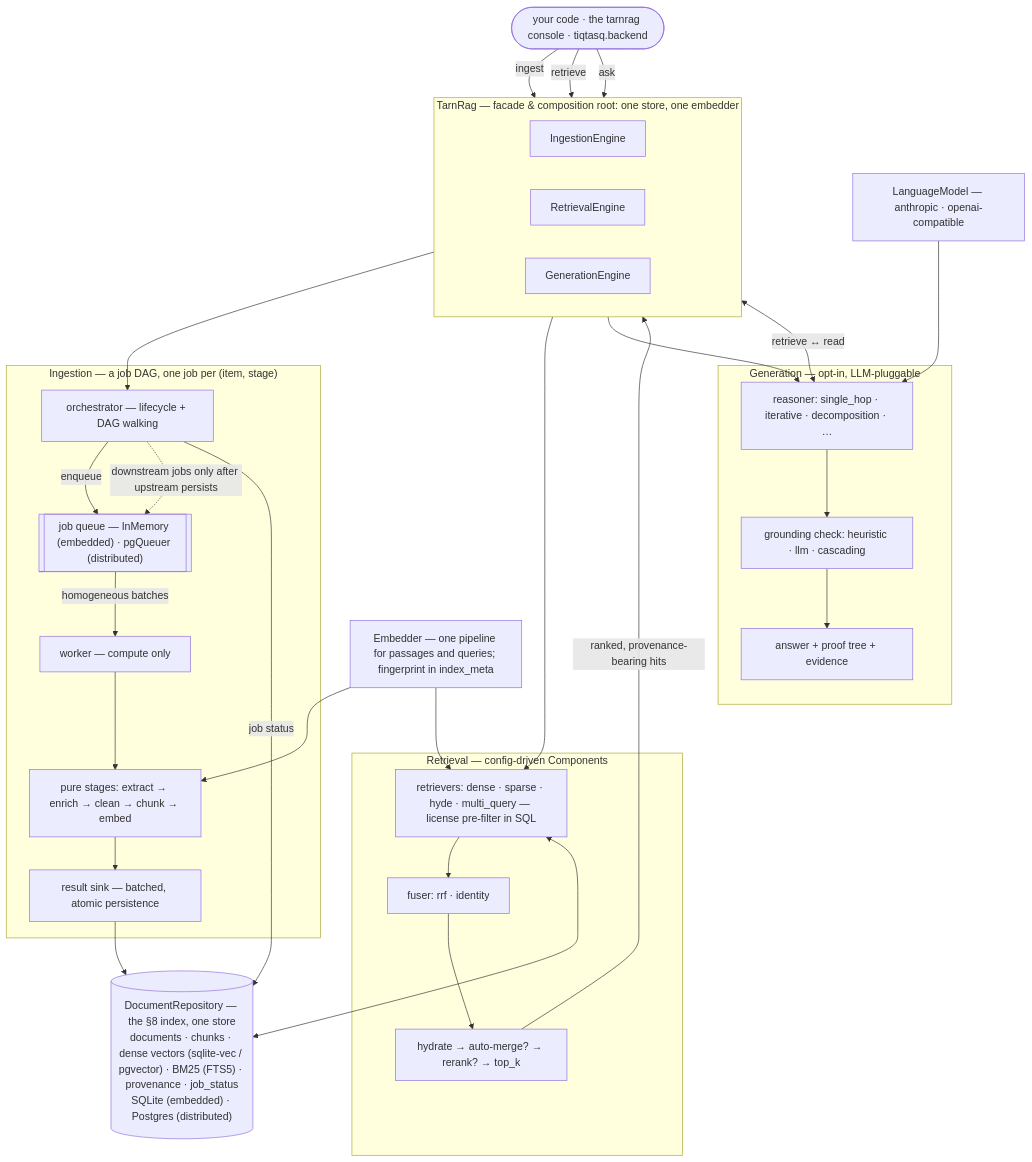
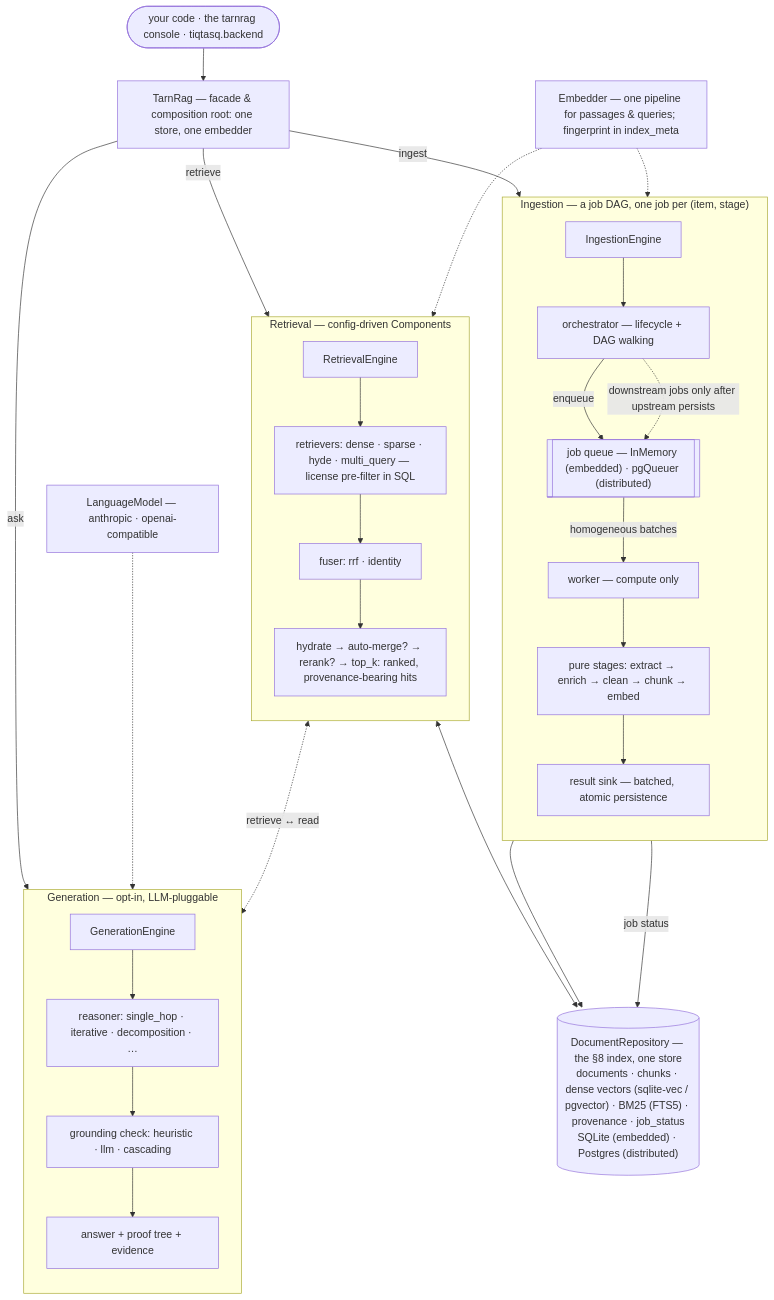
Before and after one commit to tiqtasq/tarn.rag: the diagram in docs/explanation/architecture.md, drawn with Mermaid.

Commit message:
Redraw the diagram: three equal, aligned engine lanes
Each engine now heads its own subsystem lane, all fed from a single
facade node, so the three engine boxes share one rank (same row, same
height). The upward edges that let the layout engine sink
RetrievalEngine — the reasoner link and the hits return edge — are
reoriented downward (retrieve↔read drawn from the engine; top_k is
the lane's terminal node).

````diff
--- a/docs/explanation/architecture.md
+++ b/docs/explanation/architecture.md
@@ -9,65 +9,62 @@
 ```mermaid
 flowchart TB
     CALLER(["your code · the tarnrag console · tiqtasq.backend"])
+    TARN["TarnRag — facade & composition root: one store, one embedder"]
 
-    subgraph FACADE["TarnRag — facade & composition root: one store, one embedder"]
-        direction LR
-        IE["IngestionEngine"]
-        RE["RetrievalEngine"]
-        GE["GenerationEngine"]
-    end
-
-    CALLER -->|"ingest"| IE
-    CALLER -->|"retrieve"| RE
-    CALLER -->|"ask"| GE
+    CALLER --> TARN
+    TARN -->|"ingest"| IE
+    TARN -->|"retrieve"| RE
+    TARN -->|"ask"| GE
 
     subgraph INGEST["Ingestion — a job DAG, one job per (item, stage)"]
+        direction TB
+        IE["IngestionEngine"]
         ORCH["orchestrator — lifecycle + DAG walking"]
         QUEUE[["job queue — InMemory (embedded) · pgQueuer (distributed)"]]
         WORKER["worker — compute only"]
         STAGES["pure stages: extract → enrich → clean → chunk → embed"]
         SINK["result sink — batched, atomic persistence"]
+        IE --> ORCH
+        ORCH -->|"enqueue"| QUEUE
+        ORCH -.->|"downstream jobs only after upstream persists"| QUEUE
+        QUEUE -->|"homogeneous batches"| WORKER
+        WORKER --> STAGES
+        STAGES --> SINK
     end
 
-    IE --> ORCH
-    ORCH -->|"enqueue"| QUEUE
-    QUEUE -->|"homogeneous batches"| WORKER
-    WORKER --> STAGES
-    STAGES --> SINK
-    ORCH -.->|"downstream jobs only after upstream persists"| QUEUE
-
     subgraph RETR["Retrieval — config-driven Components"]
+        direction TB
+        RE["RetrievalEngine"]
         RTRS["retrievers: dense · sparse · hyde · multi_query — license pre-filter in SQL"]
         FUSE["fuser: rrf · identity"]
-        POST["hydrate → auto-merge? → rerank? → top_k"]
+        POST["hydrate → auto-merge? → rerank? → top_k: ranked, provenance-bearing hits"]
+        RE --> RTRS
+        RTRS --> FUSE
+        FUSE --> POST
     end
 
-    RE --> RTRS
-    RTRS --> FUSE
-    FUSE --> POST
-    POST -->|"ranked, provenance-bearing hits"| RE
-
     subgraph GENER["Generation — opt-in, LLM-pluggable"]
+        direction TB
+        GE["GenerationEngine"]
         REAS["reasoner: single_hop · iterative · decomposition · …"]
         GC["grounding check: heuristic · llm · cascading"]
         ANS["answer + proof tree + evidence"]
+        GE --> REAS
+        REAS --> GC
+        GC --> ANS
     end
 
-    GE --> REAS
-    REAS <-->|"retrieve ↔ read"| RE
-    REAS --> GC
-    GC --> ANS
+    RE <-.->|"retrieve ↔ read"| REAS
 
-    EMB["Embedder — one pipeline for passages and queries; fingerprint in index_meta"]
+    EMB["Embedder — one pipeline for passages & queries; fingerprint in index_meta"]
     LLM["LanguageModel — anthropic · openai-compatible"]
-
-    EMB --> STAGES
-    EMB --> RTRS
-    LLM --> REAS
+    EMB -.-> STAGES
+    EMB -.-> RTRS
+    LLM -.-> REAS
 
     REPO[("DocumentRepository — the §8 index, one store<br/>documents · chunks · dense vectors (sqlite-vec / pgvector) · BM25 (FTS5) · provenance · job_status<br/>SQLite (embedded) · Postgres (distributed)")]
 
     SINK --> REPO
     RTRS <--> REPO
     ORCH -->|"job status"| REPO
 ```
````
